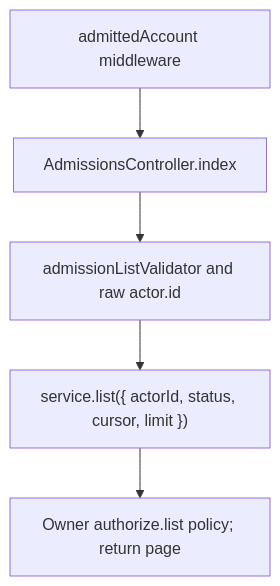
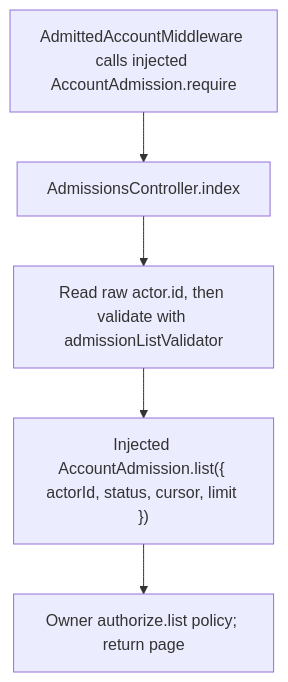
One commit to Kevinjohn/oss-adonisjs-starter-examples changed the second of 2 diagrams in user-stories/api/us-api-16-list-admission-requests.md. Above: the diagram before and after it, drawn with Mermaid. The commit also changed other lines of this file and 16 other files, not shown here.

Commit message:
Inject the API starter admission service

````diff
--- a/user-stories/api/us-api-16-list-admission-requests.md
+++ b/user-stories/api/us-api-16-list-admission-requests.md
@@ -37,7 +37,7 @@
 ```mermaid
 flowchart TD
-    A["admittedAccount middleware"] --> B["AdmissionsController.index"]
-    B --> C["admissionListValidator and raw actor.id"]
-    C --> D["service.list({ actorId, status, cursor, limit })"]
+    A["AdmittedAccountMiddleware calls injected AccountAdmission.require"] --> B["AdmissionsController.index"]
+    B --> C["Read raw actor.id, then validate with admissionListValidator"]
+    C --> D["Injected AccountAdmission.list({ actorId, status, cursor, limit })"]
     D --> E["Owner authorize.list policy; return page"]
 ```
````
